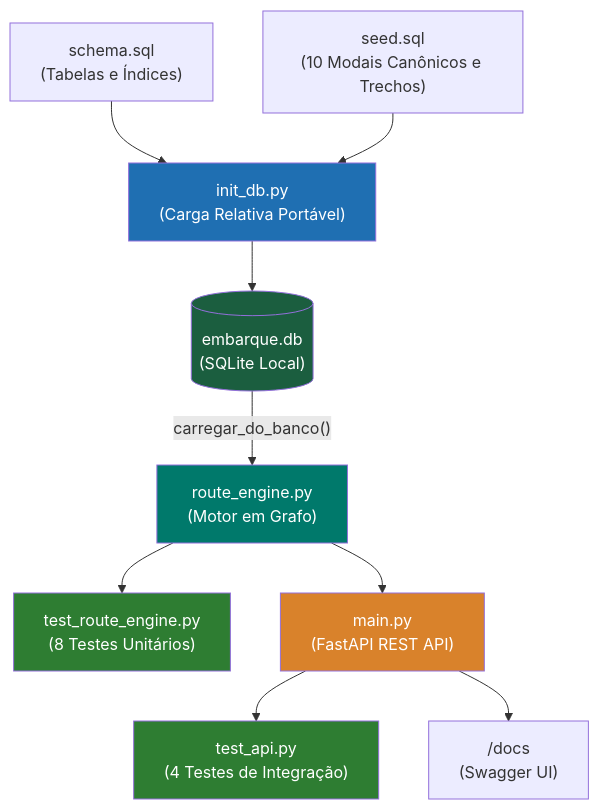
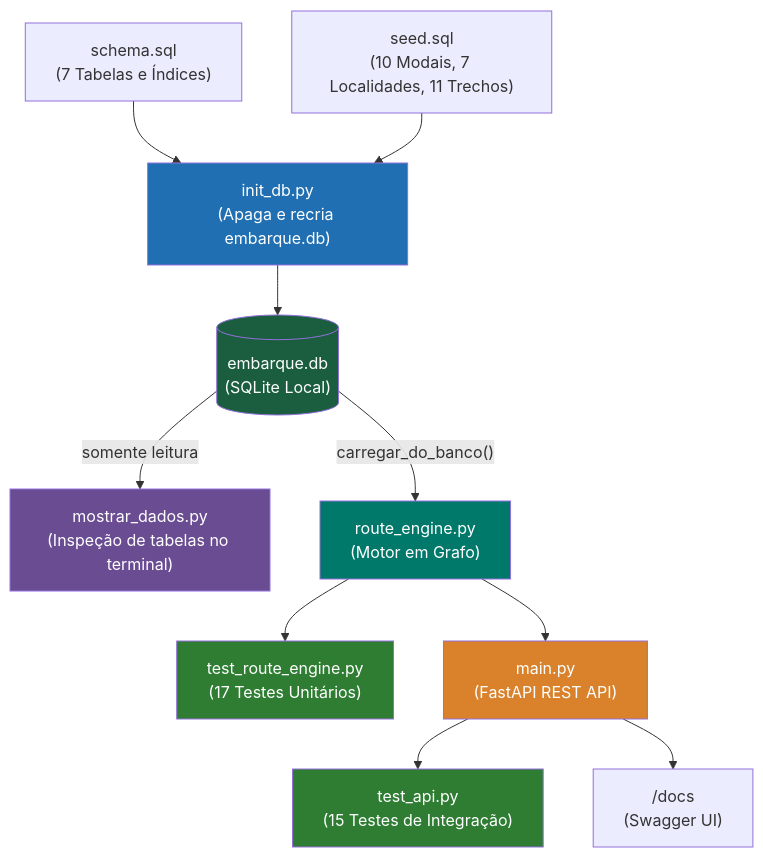
The third of 3 diagrams in docs/diagramas_database.md (CesarRibeiroab/Embarque-Amazonia), drawn with Mermaid before and after one commit. The commit also changed other lines of this file and 1 other file, not shown here.

Commit message:
docs(db): sync ERD and graph diagrams, add read-only mostrar_dados script

````diff
--- a/docs/diagramas_database.md
+++ b/docs/diagramas_database.md
@@ -158,19 +167,21 @@
 ```mermaid
 flowchart TD
-    S["schema.sql<br/>(Tabelas e Índices)"] --> INIT["init_db.py<br/>(Carga Relativa Portável)"]
-    D["seed.sql<br/>(10 Modais Canônicos e Trechos)"] --> INIT
+    S["schema.sql<br/>(7 Tabelas e Índices)"] --> INIT["init_db.py<br/>(Apaga e recria embarque.db)"]
+    D["seed.sql<br/>(10 Modais, 7 Localidades, 11 Trechos)"] --> INIT
     INIT --> DB[("embarque.db<br/>(SQLite Local)")]
 
+    DB -->|"somente leitura"| SHOW["mostrar_dados.py<br/>(Inspeção de tabelas no terminal)"]
     DB -->|"carregar_do_banco()"| ENGINE["route_engine.py<br/>(Motor em Grafo)"]
-    ENGINE --> TESTS["test_route_engine.py<br/>(8 Testes Unitários)"]
+    ENGINE --> TESTS["test_route_engine.py<br/>(17 Testes Unitários)"]
     ENGINE --> API["main.py<br/>(FastAPI REST API)"]
-    API --> APITESTS["test_api.py<br/>(4 Testes de Integração)"]
+    API --> APITESTS["test_api.py<br/>(15 Testes de Integração)"]
     API --> SWAGGER["/docs<br/>(Swagger UI)"]
 
     style INIT fill:#1F6FB2,color:#fff
     style DB fill:#1B5E3F,color:#fff
+    style SHOW fill:#6A4C93,color:#fff
     style ENGINE fill:#00796B,color:#fff
     style API fill:#D9822B,color:#fff
     style TESTS fill:#2E7D32,color:#fff
     style APITESTS fill:#2E7D32,color:#fff
 ```
````
